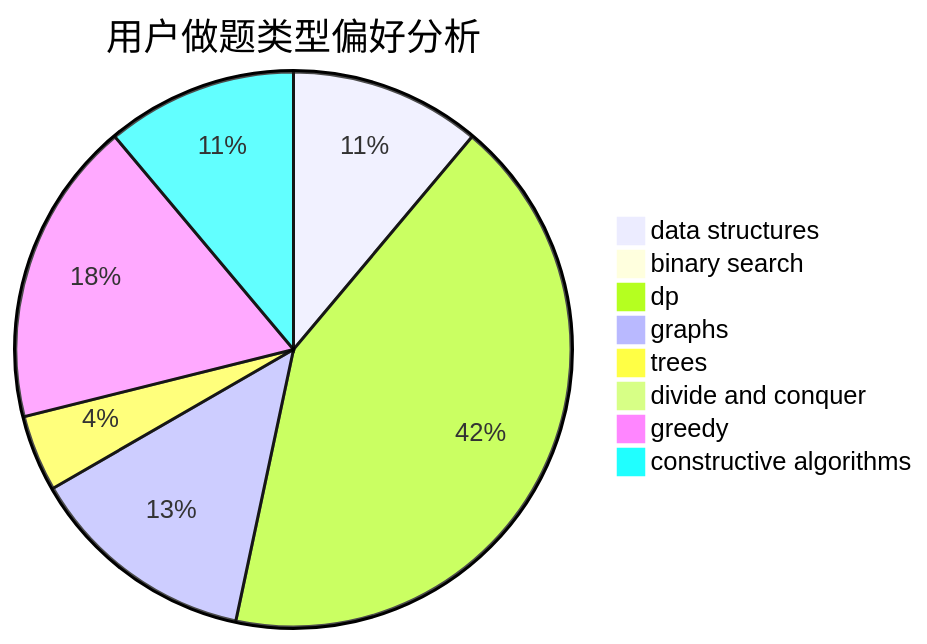
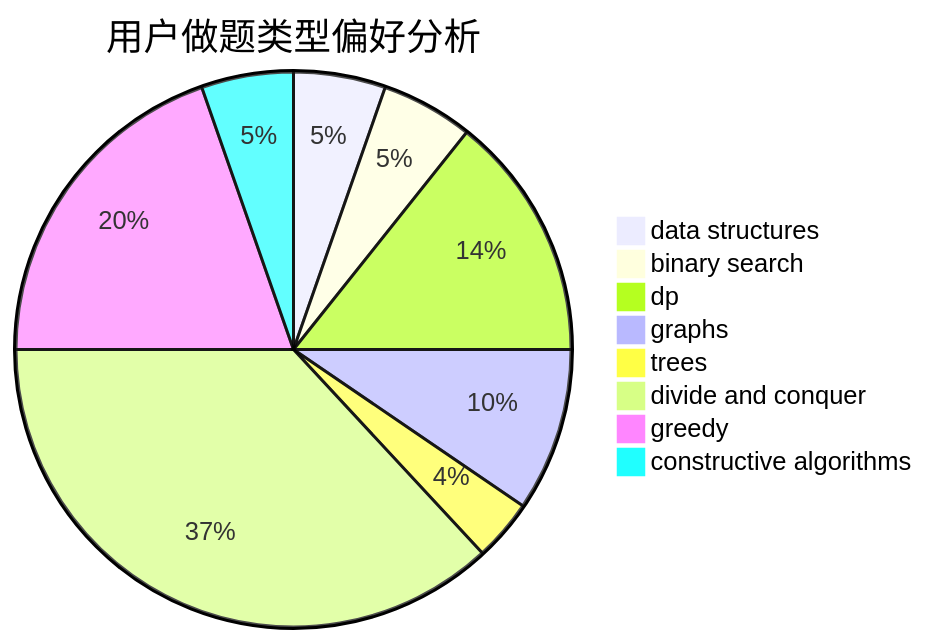
The second of 3 diagrams in docs/user/u848.md (sherpahu/cfrs.github.io), drawn with Mermaid before and after one commit. The commit also changed other lines of this file and 2770 other files, not shown here.

````diff
--- a/docs/user/u848.md
+++ b/docs/user/u848.md
@@ -23,11 +23,11 @@
 ```mermaid
 pie title 用户做题类型偏好分析
-    "data structures" :  10
-    "binary search" :  0
-    "dp" :  38
-    "graphs" :  12
-    "trees" :  4
-    "divide and conquer" :  0
-    "greedy" :  16
-    "constructive algorithms" :  10
+    "data structures" :  9
+    "binary search" :  9
+    "dp" :  24
+    "graphs" :  16
+    "trees" :  6
+    "divide and conquer" :  62
+    "greedy" :  33
+    "constructive algorithms" :  9
 ```
````
